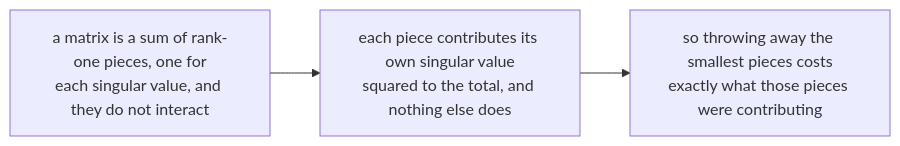
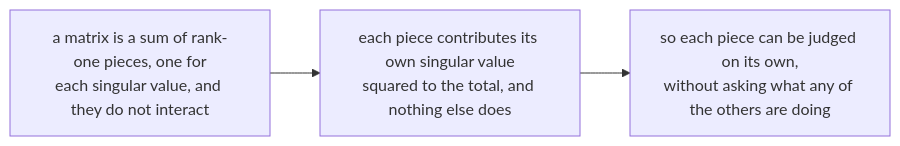
The diagram in figures/mermaid/en/p11-keep-the-largest.mmd (konradcinkusz/math-for-ai-engineers), drawn with Mermaid before and after one commit. The commit also changed 5 other files, not shown here.

```diff
--- a/figures/mermaid/en/p11-keep-the-largest.mmd
+++ b/figures/mermaid/en/p11-keep-the-largest.mmd
@@ -1,4 +1,4 @@
 flowchart LR
   A["a matrix is a sum of rank-one pieces, one for<br/>each singular value, and they do not interact"]
   A --> B["each piece contributes its own singular value<br/>squared to the total, and nothing else does"]
-  B --> C["so throwing away the smallest pieces costs<br/>exactly what those pieces were contributing"]
+  B --> C["so each piece can be judged on its own,<br/>without asking what any of the others are doing"]
```
